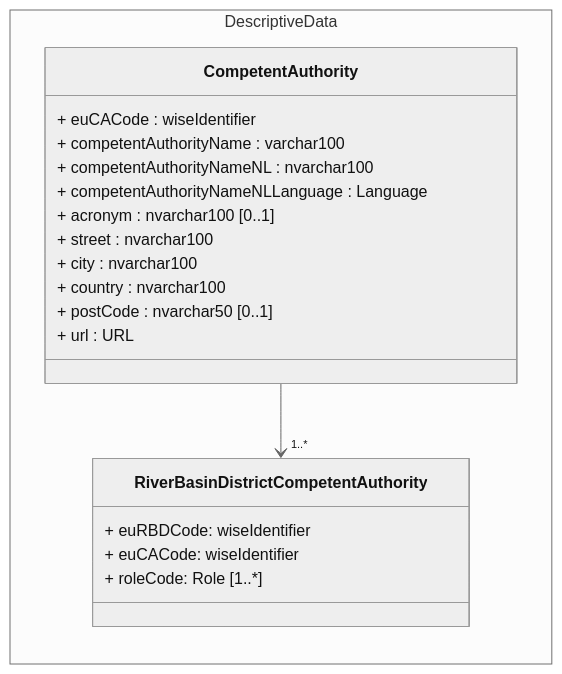
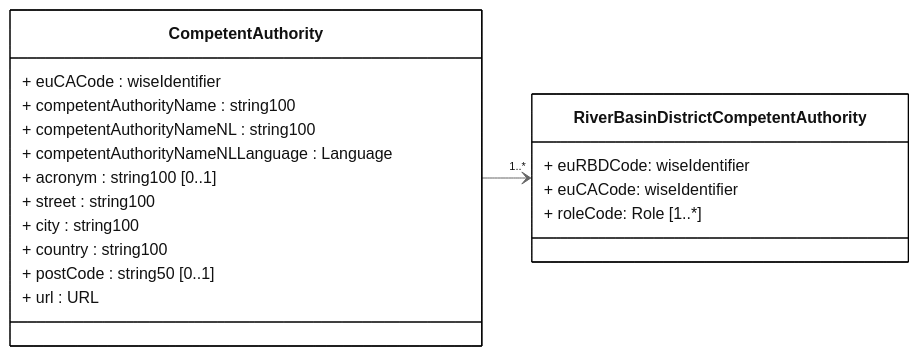
Before and after one commit to eeadata/WISE.WFD.Documentation: the diagram in docs/DataModelReview/mmd/RBDCA_4thCycle_Descriptive_ClassDiagram.mmd, drawn with Mermaid. The commit also changed 34 other files, not shown here.

```diff
--- a/docs/DataModelReview/mmd/RBDCA_4thCycle_Descriptive_ClassDiagram.mmd
+++ b/docs/DataModelReview/mmd/RBDCA_4thCycle_Descriptive_ClassDiagram.mmd
@@ -1,29 +1,31 @@
 ---
 config:
   class:
     hideEmptyMembersBox: true
   layout: dagre
   theme: neutral
 ---
 classDiagram
 direction LR
-namespace DescriptiveData {
 class CompetentAuthority {
 + euCACode : wiseIdentifier
-+ competentAuthorityName : varchar100
-+ competentAuthorityNameNL : nvarchar100
++ competentAuthorityName : string100
++ competentAuthorityNameNL : string100
 + competentAuthorityNameNLLanguage : Language
-+ acronym : nvarchar100 [0..1]
-+ street : nvarchar100
-+ city : nvarchar100
-+ country : nvarchar100
-+ postCode : nvarchar50 [0..1]
++ acronym : string100 [0..1]
++ street : string100
++ city : string100
++ country : string100
++ postCode : string50 [0..1]
 + url : URL
 }
 class RiverBasinDistrictCompetentAuthority {
 + euRBDCode: wiseIdentifier
 + euCACode: wiseIdentifier
 + roleCode: Role [1..*]
 }
-}
+
 CompetentAuthority --> "1..*" RiverBasinDistrictCompetentAuthority
+
+classDef default fill:white,stroke:#000;
+classDef forFixing fill:white,stroke:#f00;
```
